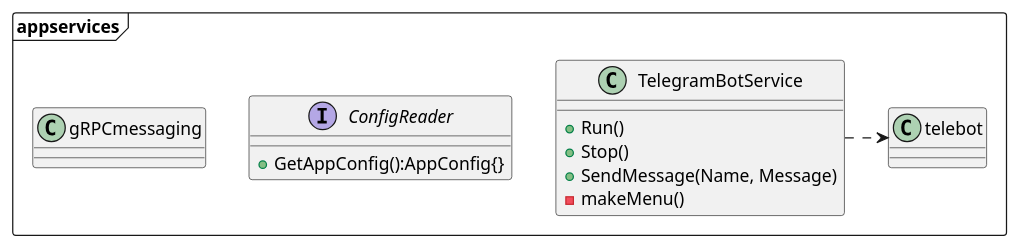
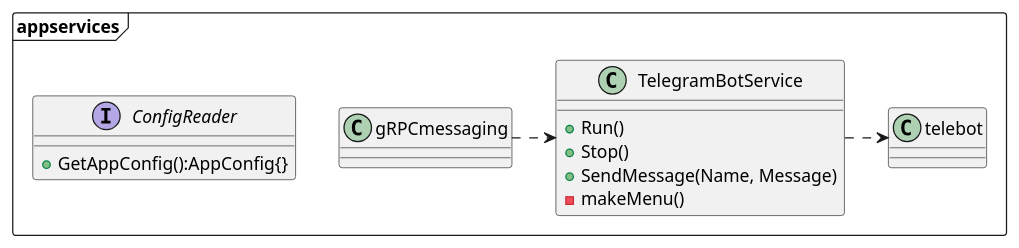
The diagram in docs/uml/classes/app_services.puml (azhizhkin/InformerTelegramBot), drawn with PlantUML before and after one commit. The commit also changed 17 other files, not shown here.

```diff
--- a/docs/uml/classes/app_services.puml
+++ b/docs/uml/classes/app_services.puml
@@ -1,24 +1,17 @@
 @startuml app_services
 package appservices <<Frame>> {
     interface ConfigReader{
         + GetAppConfig():AppConfig{}
     }
     class gRPCmessaging
     class TelegramBotService{
         + Run()
         + Stop()
         + SendMessage(Name, Message)
         - makeMenu()
     }
     class telebot 
+    gRPCmessaging .> TelegramBotService
     TelegramBotService .> telebot
-
-    /'
-    interface TelegramBotService{
-        + Start()
-        + Stop()
-        + SetOnStartCommandHandle()
-    }
-    '/
 }
 @enduml
```
